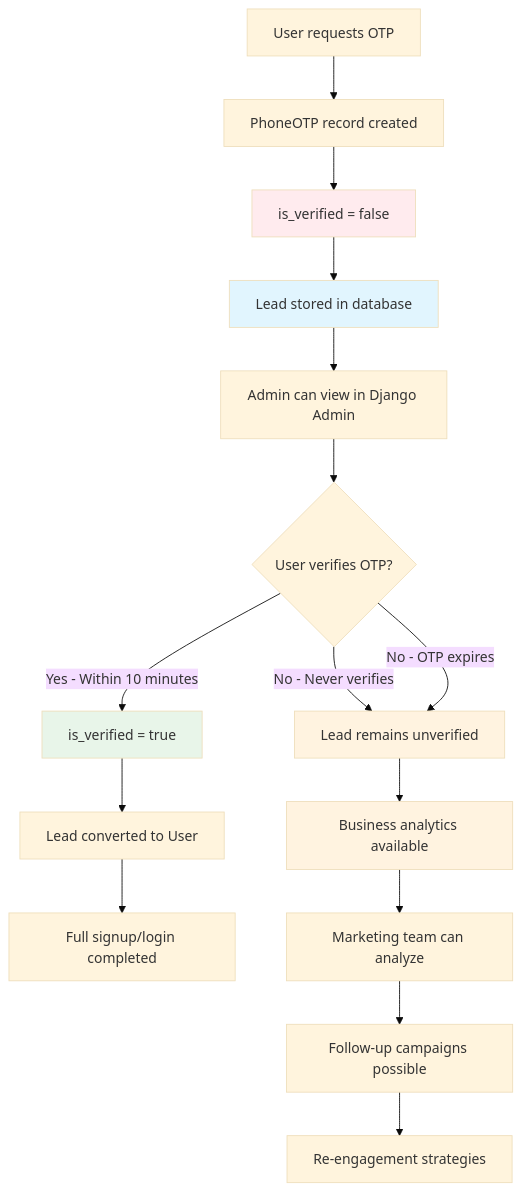
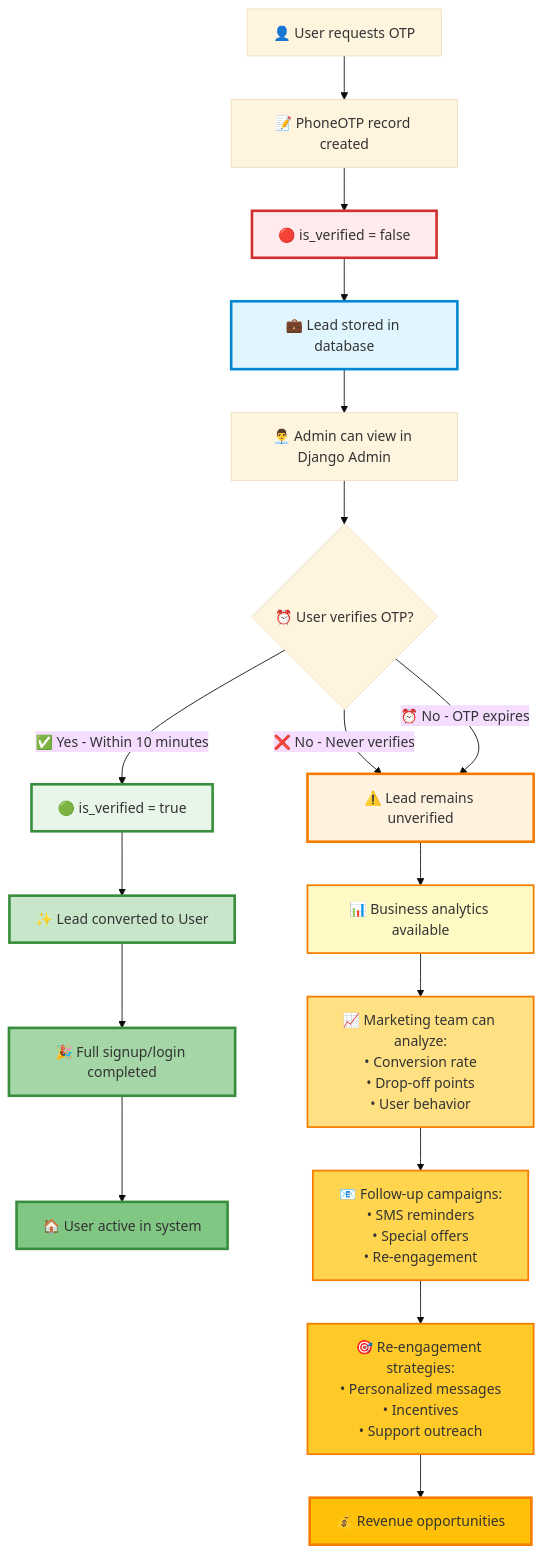
One commit to LOOPINX-CIRCLE/LoopinBackend changed the fifth of 5 diagrams in PHONE_AUTHENTICATION.md. Above: the diagram before and after it, drawn with Mermaid (base theme). The commit also changed other lines of this file, not shown here.

First line of the commit message:
docs: Enhance visual appearance of flowcharts with emojis and colors

````diff
--- a/PHONE_AUTHENTICATION.md
+++ b/PHONE_AUTHENTICATION.md
@@ -496,26 +591,35 @@
 ```mermaid
 graph TD
-    A[User requests OTP] --> B[PhoneOTP record created]
-    B --> C[is_verified = false]
-    C --> D[Lead stored in database]
-    D --> E[Admin can view in Django Admin]
-    E --> F{User verifies OTP?}
+    A[👤 User requests OTP] --> B[📝 PhoneOTP record created]
+    B --> C[🔴 is_verified = false]
+    C --> D[💼 Lead stored in database]
+    D --> E[👨‍💼 Admin can view in Django Admin]
+    E --> F{⏰ User verifies OTP?}
     
-    F -->|Yes - Within 10 minutes| G[is_verified = true]
-    F -->|No - Never verifies| H[Lead remains unverified]
-    F -->|No - OTP expires| H
+    F -->|✅ Yes - Within 10 minutes| G[🟢 is_verified = true]
+    F -->|❌ No - Never verifies| H[⚠️ Lead remains unverified]
+    F -->|⏰ No - OTP expires| H
     
-    G --> I[Lead converted to User]
-    I --> J[Full signup/login completed]
+    G --> I[✨ Lead converted to User]
+    I --> J[🎉 Full signup/login completed]
+    J --> K[🏠 User active in system]
     
-    H --> K[Business analytics available]
-    K --> L[Marketing team can analyze]
-    L --> M[Follow-up campaigns possible]
-    M --> N[Re-engagement strategies]
+    H --> L[📊 Business analytics available]
+    L --> M[📈 Marketing team can analyze:<br/>• Conversion rate<br/>• Drop-off points<br/>• User behavior]
+    M --> N[📧 Follow-up campaigns:<br/>• SMS reminders<br/>• Special offers<br/>• Re-engagement]
+    N --> O[🎯 Re-engagement strategies:<br/>• Personalized messages<br/>• Incentives<br/>• Support outreach]
+    O --> P[💰 Revenue opportunities]
     
-    style C fill:#ffebee
-    style D fill:#e1f5fe
-    style G fill:#e8f5e9
-    style H fill:#fff3e0
-    style K fill:#fff3e0
+    style C fill:#ffebee,stroke:#d32f2f,stroke-width:3px
+    style D fill:#e1f5fe,stroke:#0288d1,stroke-width:3px
+    style G fill:#e8f5e9,stroke:#388e3c,stroke-width:3px
+    style H fill:#fff3e0,stroke:#f57c00,stroke-width:3px
+    style I fill:#c8e6c9,stroke:#388e3c,stroke-width:3px
+    style J fill:#a5d6a7,stroke:#388e3c,stroke-width:3px
+    style K fill:#81c784,stroke:#388e3c,stroke-width:3px
+    style L fill:#fff9c4,stroke:#f57c00,stroke-width:2px
+    style M fill:#ffe082,stroke:#f57c00,stroke-width:2px
+    style N fill:#ffd54f,stroke:#f57c00,stroke-width:2px
+    style O fill:#ffca28,stroke:#f57c00,stroke-width:2px
+    style P fill:#ffc107,stroke:#f57c00,stroke-width:3px
 ```
````
